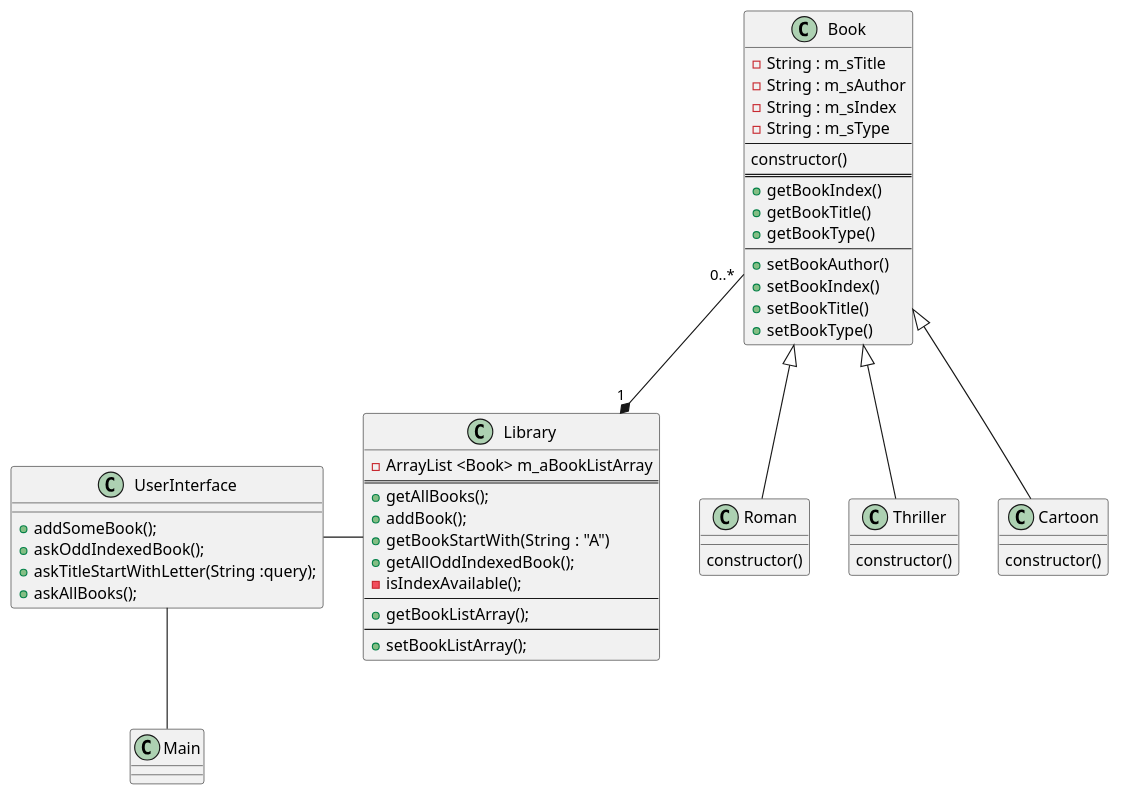
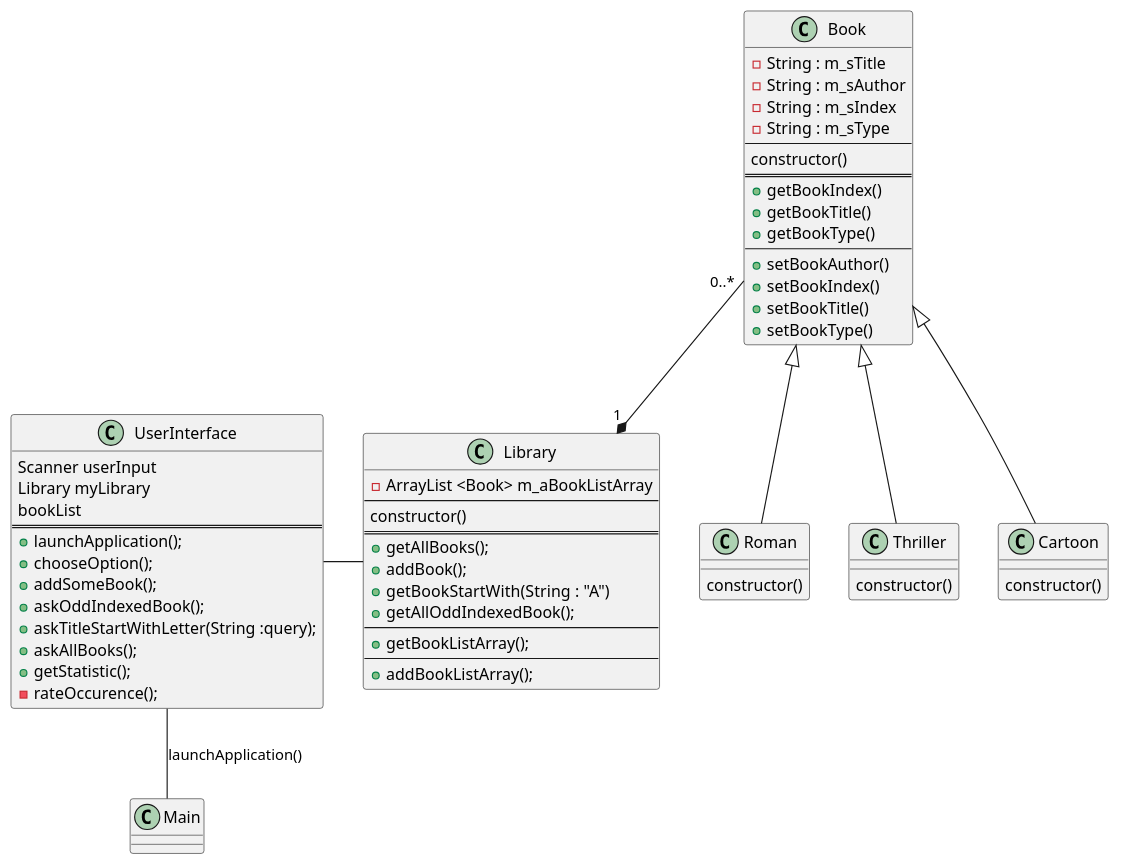
Before and after one commit to tankarasu/bibliotheque_exo_JAVA_ITESCIA: the diagram in out/production/Bibliotheque/com/company/classDiagramm.puml, drawn with PlantUML. The commit also changed 12 other files, not shown here.

```diff
--- a/out/production/Bibliotheque/com/company/classDiagramm.puml
+++ b/out/production/Bibliotheque/com/company/classDiagramm.puml
@@ -1,62 +1,71 @@
 @startuml
 
 class Book{
 - String : m_sTitle
 - String : m_sAuthor
 - String : m_sIndex
 - String : m_sType
 --
 constructor()
 ==
 + getBookIndex()
 + getBookTitle()
 + getBookType()
 --
 + setBookAuthor()
 + setBookIndex()
 + setBookTitle()
 + setBookType()
 }
 
 Book "0..*" --* "1 " Library
 
 class Library{
 - ArrayList <Book> m_aBookListArray
+--
+constructor()
 ==
 + getAllBooks();
 + addBook();
 + getBookStartWith(String : "A")
 + getAllOddIndexedBook();
-- isIndexAvailable();
 --
 + getBookListArray();
 --
-+ setBookListArray();
++ addBookListArray();
 }
 
 class UserInterface{
+Scanner userInput
+Library myLibrary
+bookList
+==
++ launchApplication();
++ chooseOption();
 + addSomeBook();
 + askOddIndexedBook();
 + askTitleStartWithLetter(String :query);
 + askAllBooks();
++ getStatistic();
+- rateOccurence();
 }
 
 class Roman extends Book{
 constructor()
 }
 
 class Thriller extends Book {
 constructor()
 }
 
 class Cartoon extends Book{
 constructor()
 }
 
 class Main{
 
 }
 
 UserInterface  - Library
-UserInterface -- Main
+UserInterface -- Main :  launchApplication()
 @enduml
```
